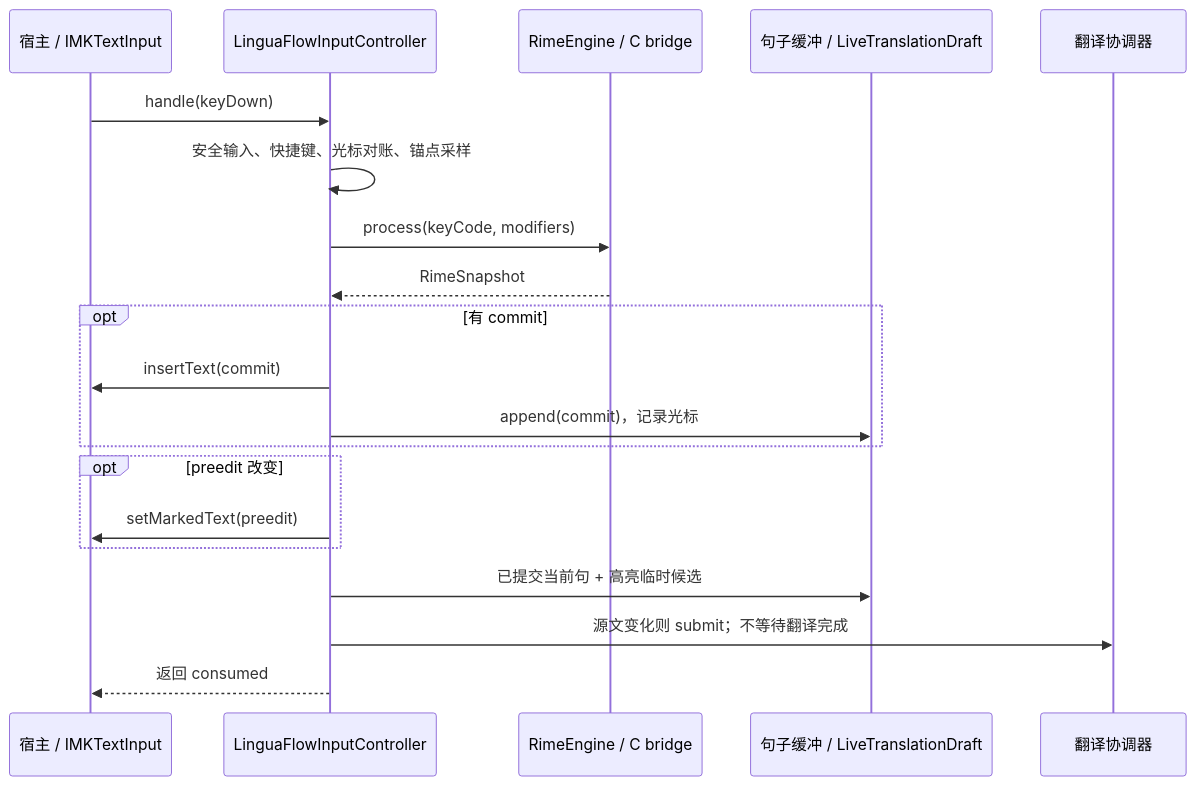
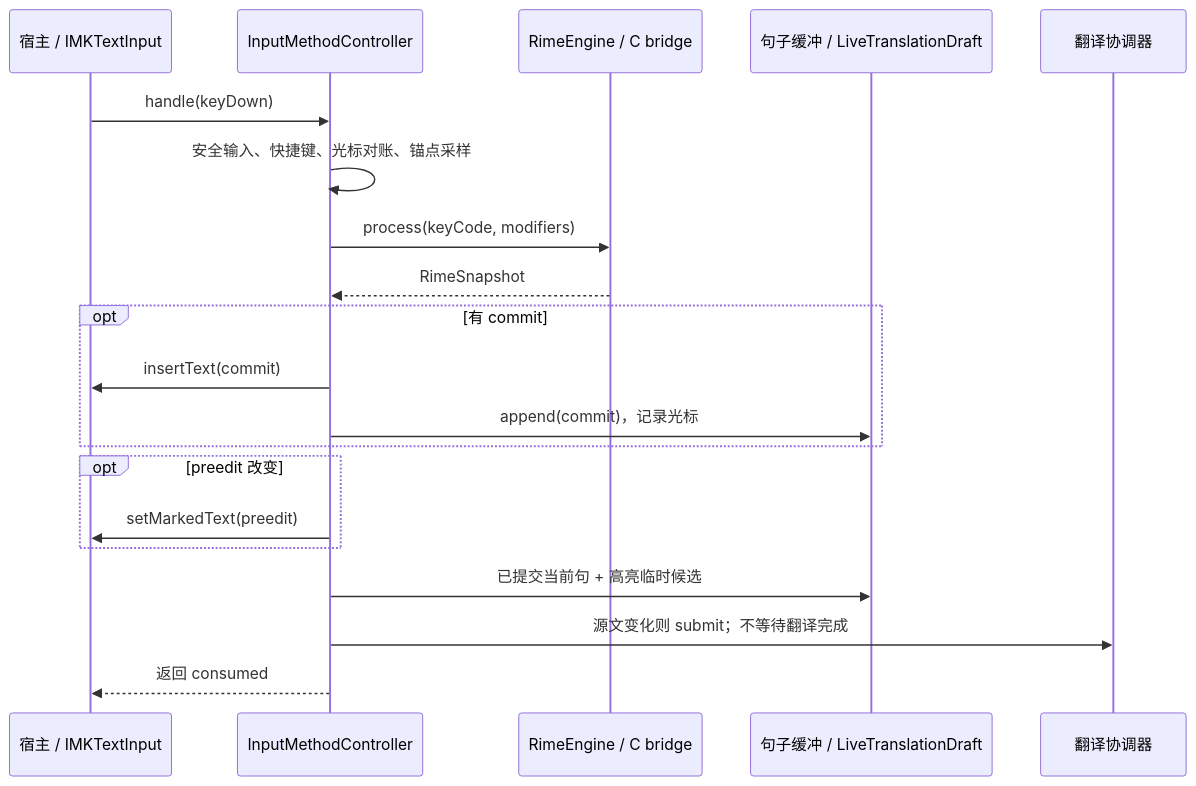
One commit to abandoned678/LinguaFlow changed the second of 2 diagrams in ARCHITECTURE.md. Above: the diagram before and after it, drawn with Mermaid. The commit also changed other lines of this file and 71 other files, not shown here.

````diff
--- a/ARCHITECTURE.md
+++ b/ARCHITECTURE.md
@@ -75,22 +75,22 @@
 ```mermaid
 sequenceDiagram
     participant Host as 宿主 / IMKTextInput
-    participant Controller as LinguaFlowInputController
+    participant Controller as InputMethodController
     participant Engine as RimeEngine / C bridge
     participant Draft as 句子缓冲 / LiveTranslationDraft
     participant Async as 翻译协调器
     Host->>Controller: handle(keyDown)
     Controller->>Controller: 安全输入、快捷键、光标对账、锚点采样
     Controller->>Engine: process(keyCode, modifiers)
     Engine-->>Controller: RimeSnapshot
     opt 有 commit
         Controller->>Host: insertText(commit)
         Controller->>Draft: append(commit)，记录光标
     end
     opt preedit 改变
         Controller->>Host: setMarkedText(preedit)
     end
     Controller->>Draft: 已提交当前句 + 高亮临时候选
     Controller->>Async: 源文变化则 submit；不等待翻译完成
     Controller-->>Host: 返回 consumed
 ```
````
